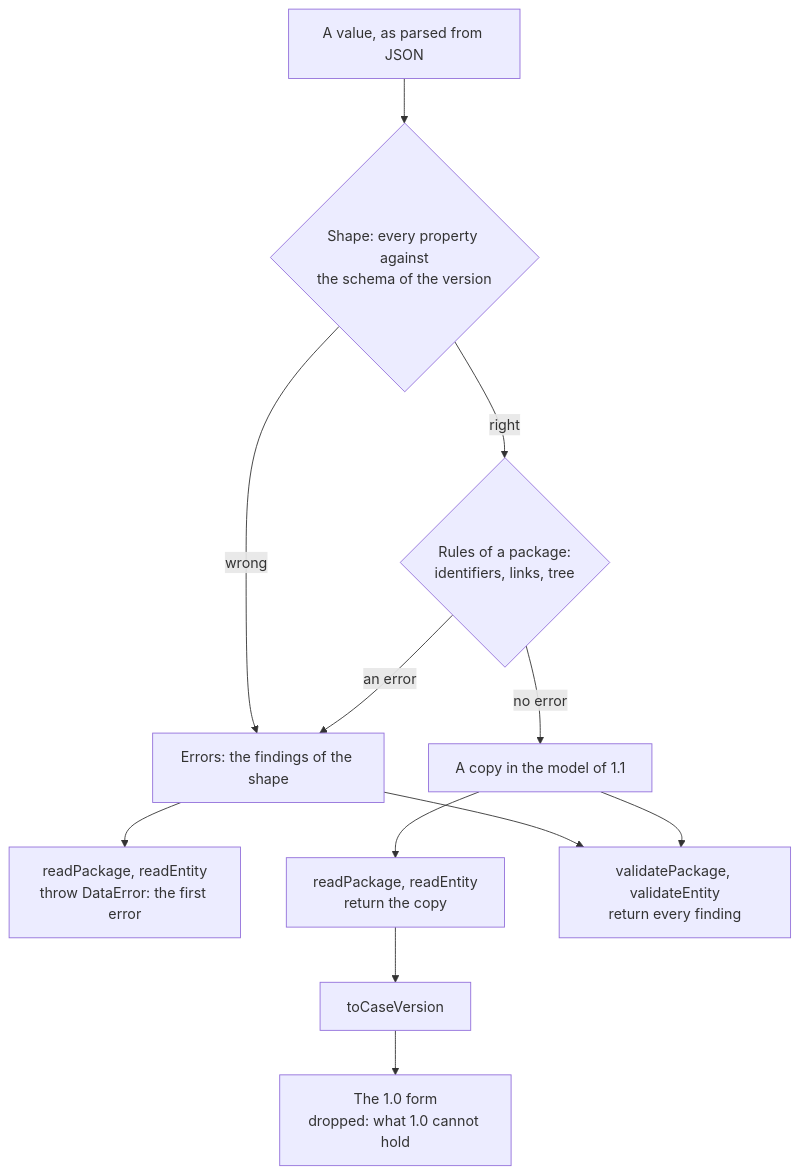
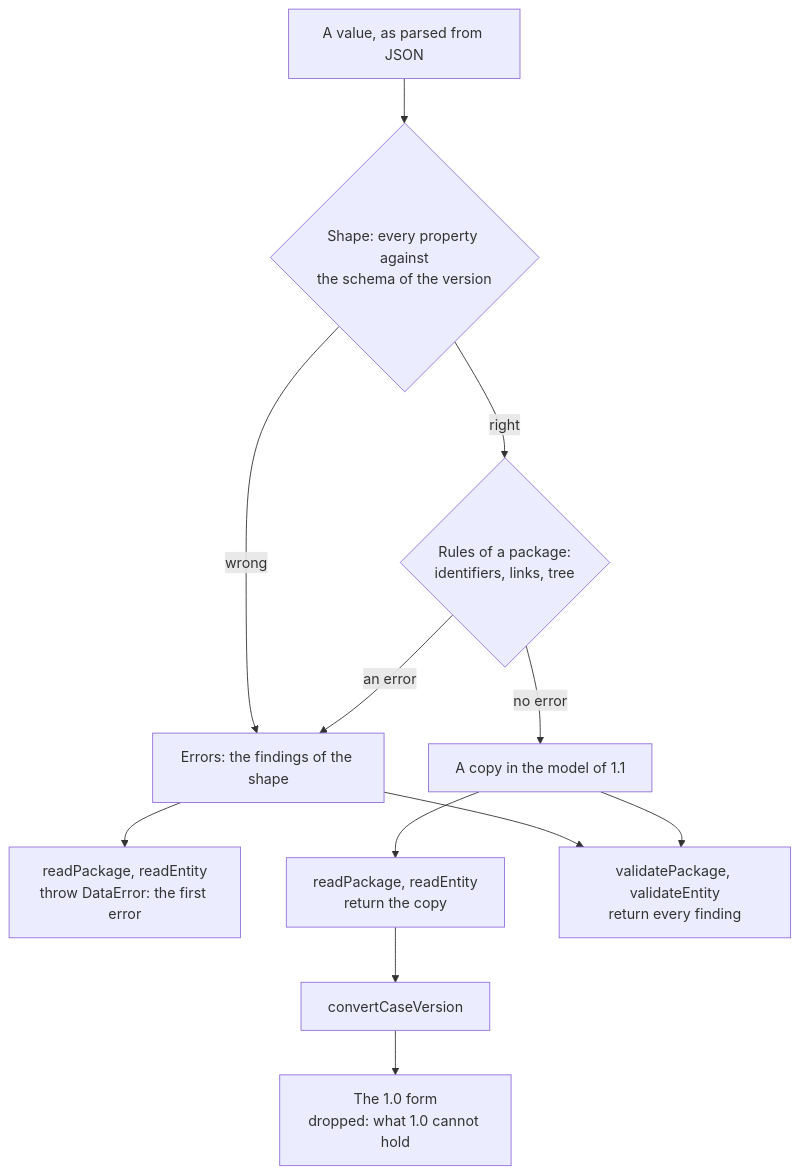
Before and after one commit to interopkit/interopkit: the diagram in docs/competency-frameworks/model.md, drawn with Mermaid. The commit also changed other lines of this file and 368 other files, not shown here.

````diff
--- a/docs/competency-frameworks/model.md
+++ b/docs/competency-frameworks/model.md
@@ -9,14 +9,14 @@
 ```mermaid
 flowchart TD
   value["A value, as parsed from JSON"] --> shape{"Shape: every property against<br/>the schema of the version"}
   shape -->|"wrong"| errors["Errors: the findings of the shape"]
   shape -->|"right"| rules{"Rules of a package:<br/>identifiers, links, tree"}
   rules -->|"an error"| errors
   rules -->|"no error"| accepted["A copy in the model of 1.1"]
   errors --> read["readPackage, readEntity<br/>throw DataError: the first error"]
   accepted --> readCopy["readPackage, readEntity<br/>return the copy"]
   errors --> validate["validatePackage, validateEntity<br/>return every finding"]
   accepted --> validate
-  readCopy --> convert["toCaseVersion"]
+  readCopy --> convert["convertCaseVersion"]
   convert --> form10["The 1.0 form<br/>dropped: what 1.0 cannot hold"]
 ```
````
